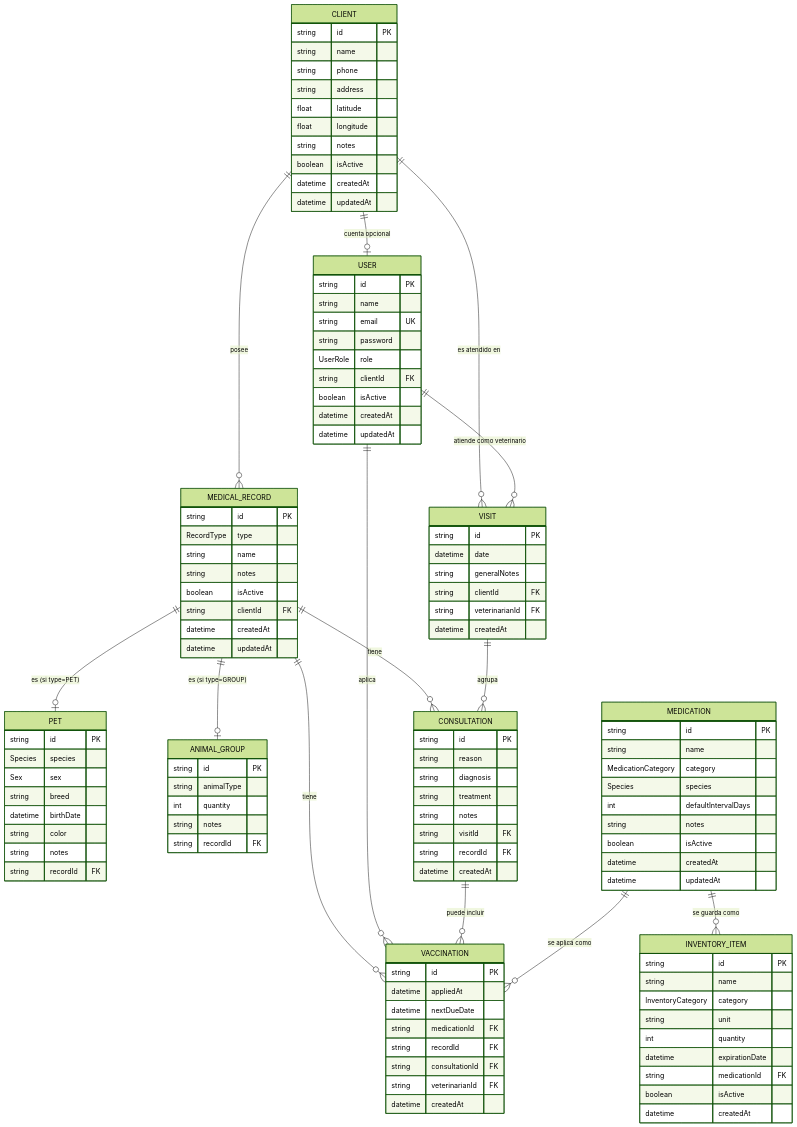
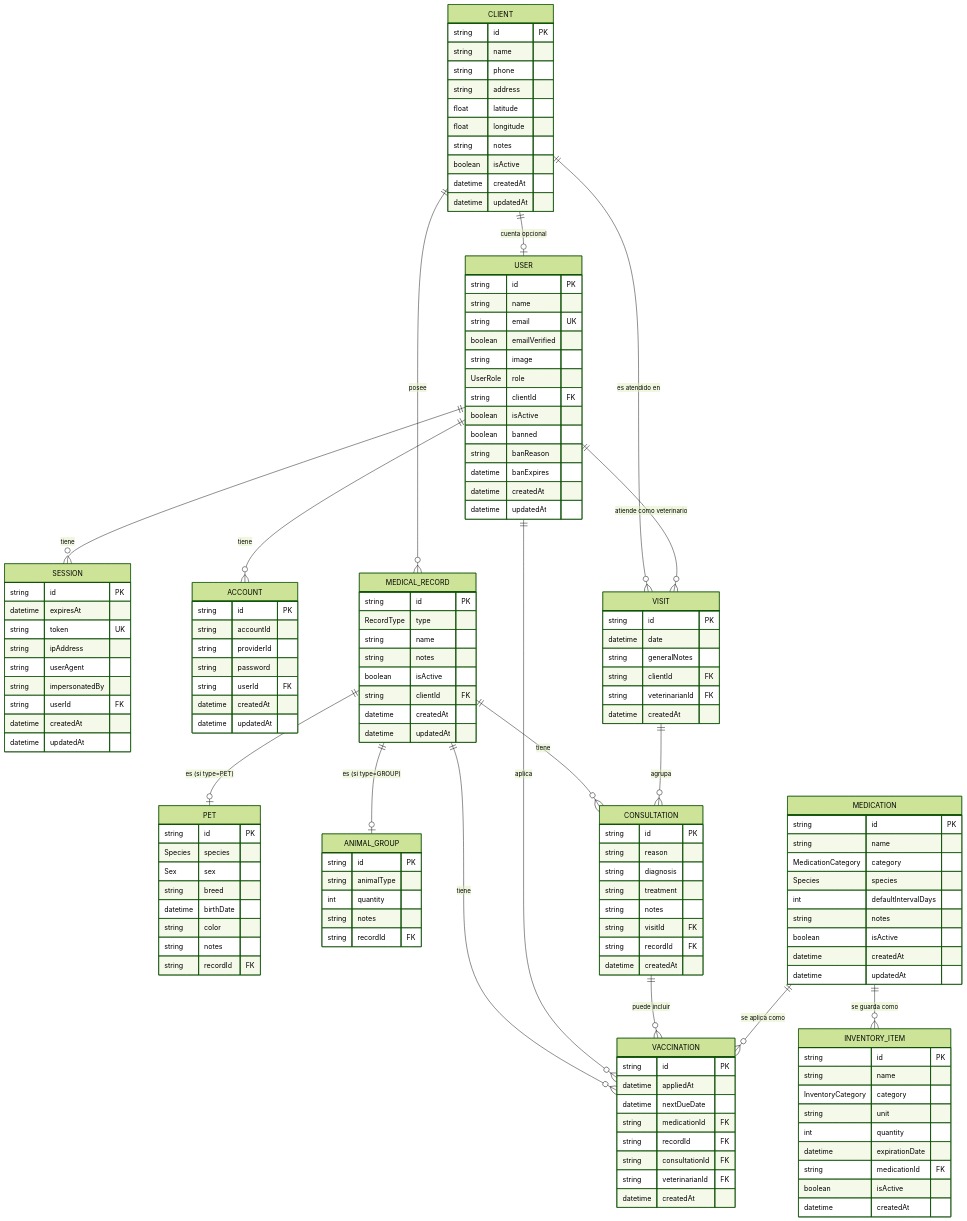
Before and after one commit to Ponyvet/ponyapp-api: the first of 2 diagrams in docs/PROYECT.md, drawn with Mermaid (forest theme). The commit also changed other lines of this file and 53 other files, not shown here.

First line of the commit message:
feat: enhance user model and authentication flow

```diff
--- a/docs/PROYECT.md
+++ b/docs/PROYECT.md
@@ -244,10 +263,36 @@
         string id PK
         string name
         string email UK
-        string password
+        boolean emailVerified
+        string image
         UserRole role
         string clientId FK
         boolean isActive
+        boolean banned
+        string banReason
+        datetime banExpires
+        datetime createdAt
+        datetime updatedAt
+    }
+
+    SESSION {
+        string id PK
+        datetime expiresAt
+        string token UK
+        string ipAddress
+        string userAgent
+        string impersonatedBy
+        string userId FK
+        datetime createdAt
+        datetime updatedAt
+    }
+
+    ACCOUNT {
+        string id PK
+        string accountId
+        string providerId
+        string password
+        string userId FK
         datetime createdAt
         datetime updatedAt
     }
@@ -350,6 +395,8 @@
         datetime createdAt
     }
 
+    USER ||--o{ SESSION : "tiene"
+    USER ||--o{ ACCOUNT : "tiene"
     CLIENT ||--o| USER : "cuenta opcional"
     CLIENT ||--o{ MEDICAL_RECORD : posee
     CLIENT ||--o{ VISIT : "es atendido en"
```
